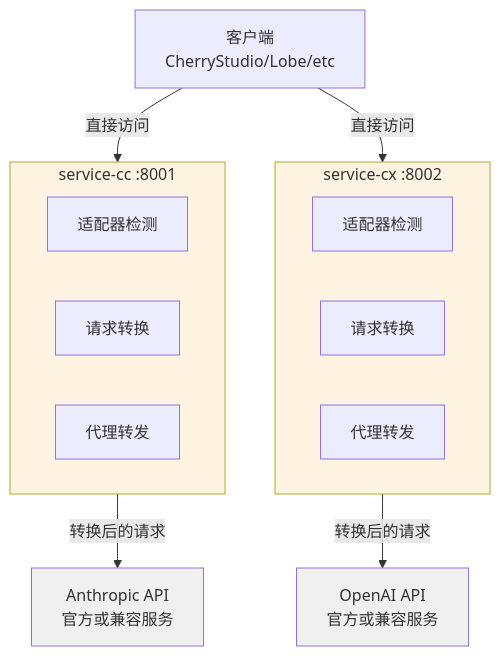
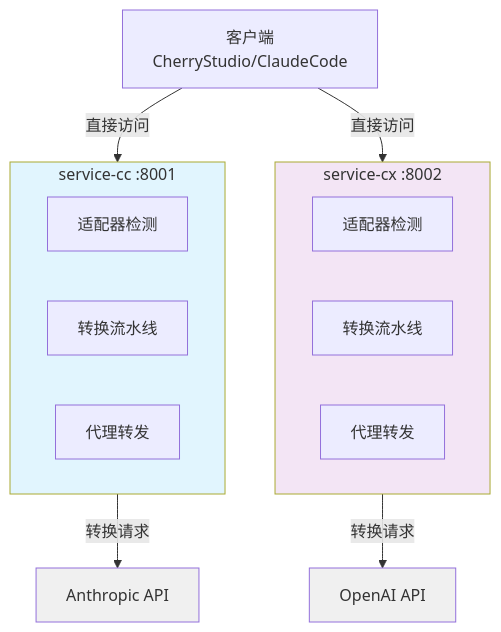
Before and after one commit to chyax98/cc-proxy: the diagram in docs/CLAUDE.md, drawn with Mermaid. The commit also changed other lines of this file and 3 other files, not shown here.

````diff
--- a/docs/CLAUDE.md
+++ b/docs/CLAUDE.md
@@ -77,29 +26,29 @@
 ```mermaid
 graph TD
-    Client[客户端<br/>CherryStudio/Lobe/etc]
+    Client[客户端<br/>CherryStudio/ClaudeCode]
 
     subgraph ServiceCC["service-cc :8001"]
         CC_Adapter[适配器检测]
-        CC_Transform[请求转换]
+        CC_Pipeline[转换流水线]
         CC_Proxy[代理转发]
     end
 
     subgraph ServiceCX["service-cx :8002"]
         CX_Adapter[适配器检测]
-        CX_Transform[请求转换]
+        CX_Pipeline[转换流水线]
         CX_Proxy[代理转发]
     end
 
-    Anthropic[Anthropic API<br/>官方或兼容服务]
-    OpenAI[OpenAI API<br/>官方或兼容服务]
+    Anthropic[Anthropic API]
+    OpenAI[OpenAI API]
 
     Client -->|直接访问| ServiceCC
     Client -->|直接访问| ServiceCX
-    ServiceCC -->|转换后的请求| Anthropic
-    ServiceCX -->|转换后的请求| OpenAI
+    ServiceCC -->|转换请求| Anthropic
+    ServiceCX -->|转换请求| OpenAI
 
-    style ServiceCC fill:#fff4e1
-    style ServiceCX fill:#fff4e1
+    style ServiceCC fill:#e1f5fe
+    style ServiceCX fill:#f3e5f5
     style Anthropic fill:#f0f0f0
     style OpenAI fill:#f0f0f0
 ```
````
